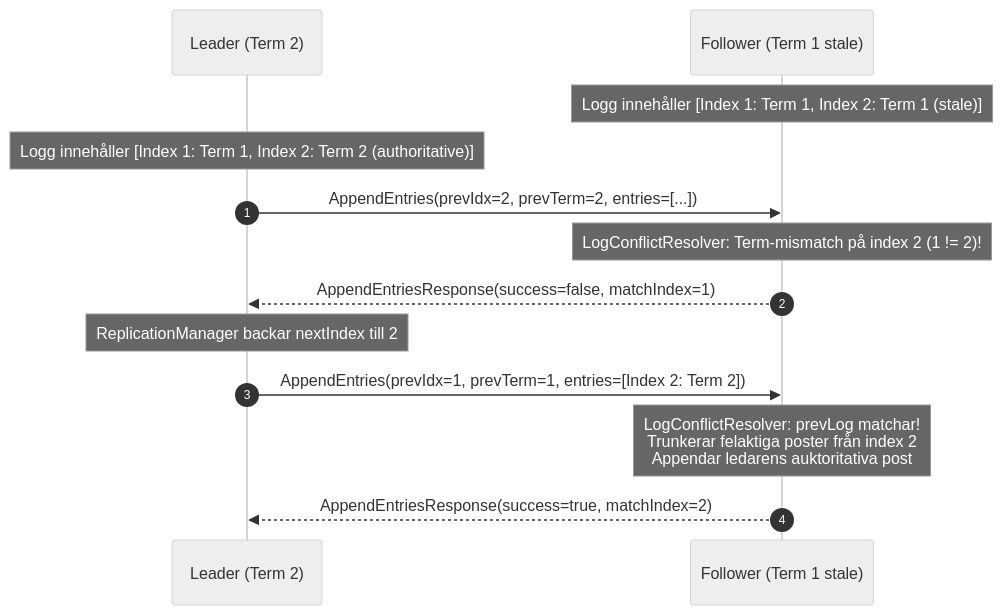
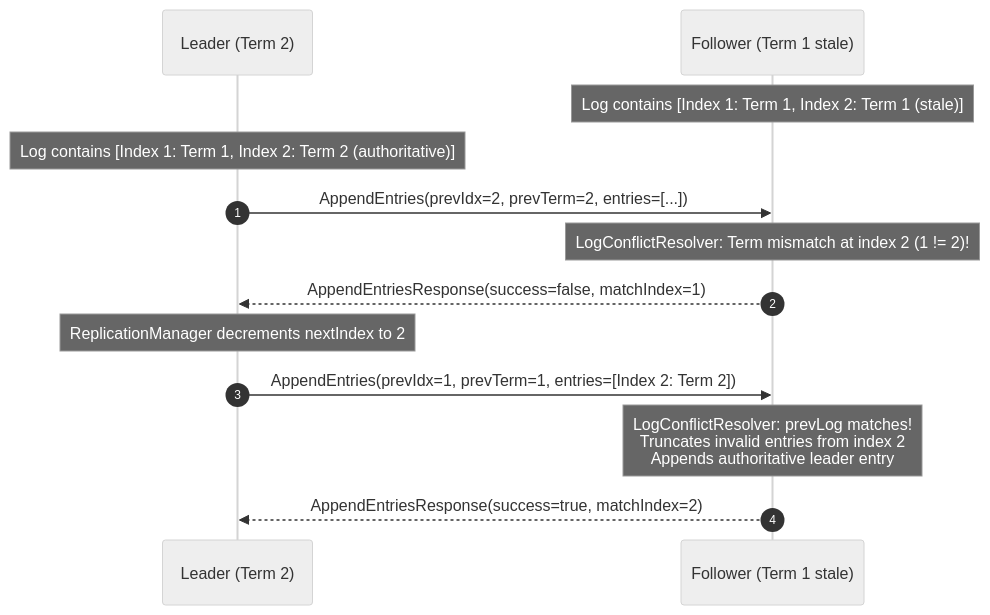
One commit to Mouaz7/AegisDB changed the third of 4 diagrams in docs/raft.md. Above: the diagram before and after it, drawn with Mermaid (neutral theme). The commit also changed other lines of this file and 17 other files, not shown here.

````diff
--- a/docs/raft.md
+++ b/docs/raft.md
@@ -93,18 +93,18 @@
 ```mermaid
 sequenceDiagram
     autonumber
     participant Leader as Leader (Term 2)
     participant Follower as Follower (Term 1 stale)
 
-    Note over Follower: Logg innehåller [Index 1: Term 1, Index 2: Term 1 (stale)]
-    Note over Leader: Logg innehåller [Index 1: Term 1, Index 2: Term 2 (authoritative)]
+    Note over Follower: Log contains [Index 1: Term 1, Index 2: Term 1 (stale)]
+    Note over Leader: Log contains [Index 1: Term 1, Index 2: Term 2 (authoritative)]
 
     Leader->>Follower: AppendEntries(prevIdx=2, prevTerm=2, entries=[...])
-    Note over Follower: LogConflictResolver: Term-mismatch på index 2 (1 != 2)!
+    Note over Follower: LogConflictResolver: Term mismatch at index 2 (1 != 2)!
     Follower-->>Leader: AppendEntriesResponse(success=false, matchIndex=1)
 
-    Note over Leader: ReplicationManager backar nextIndex till 2
+    Note over Leader: ReplicationManager decrements nextIndex to 2
     Leader->>Follower: AppendEntries(prevIdx=1, prevTerm=1, entries=[Index 2: Term 2])
-    Note over Follower: LogConflictResolver: prevLog matchar!<br/>Trunkerar felaktiga poster från index 2<br/>Appendar ledarens auktoritativa post
+    Note over Follower: LogConflictResolver: prevLog matches!<br/>Truncates invalid entries from index 2<br/>Appends authoritative leader entry
     Follower-->>Leader: AppendEntriesResponse(success=true, matchIndex=2)
 ```
````
